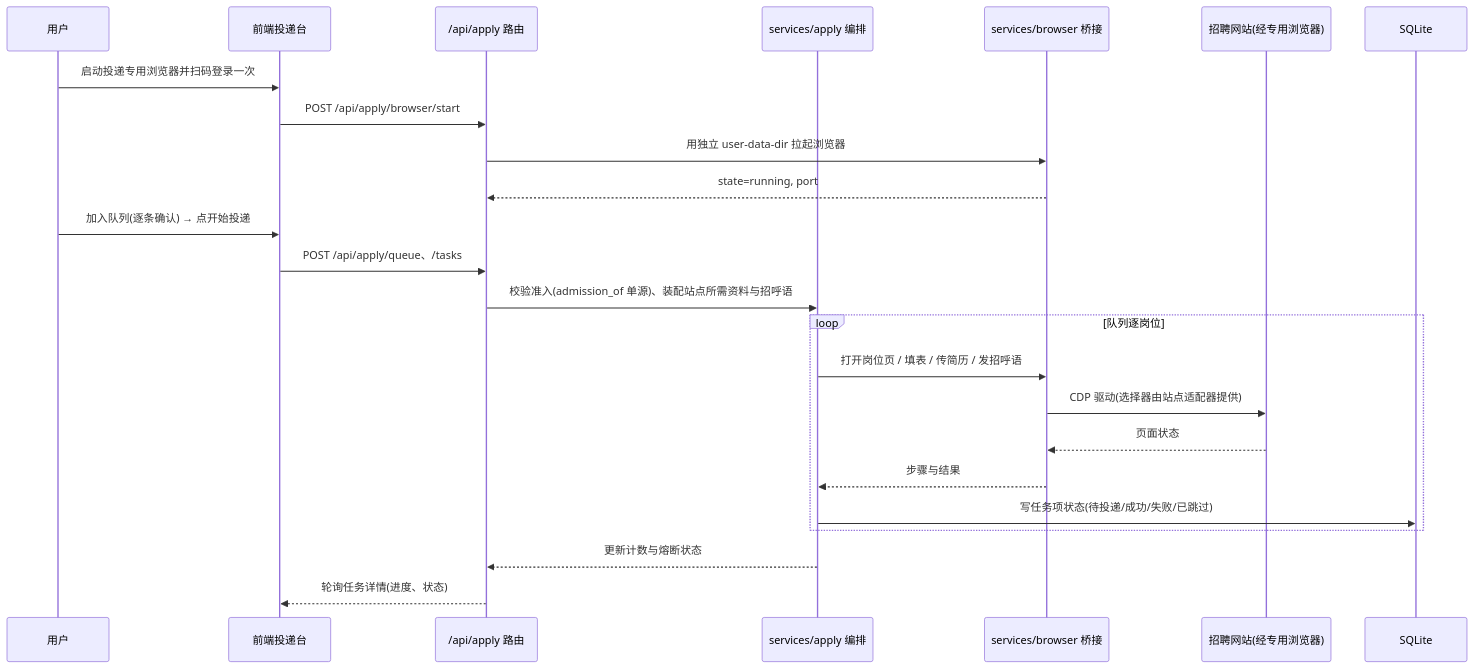
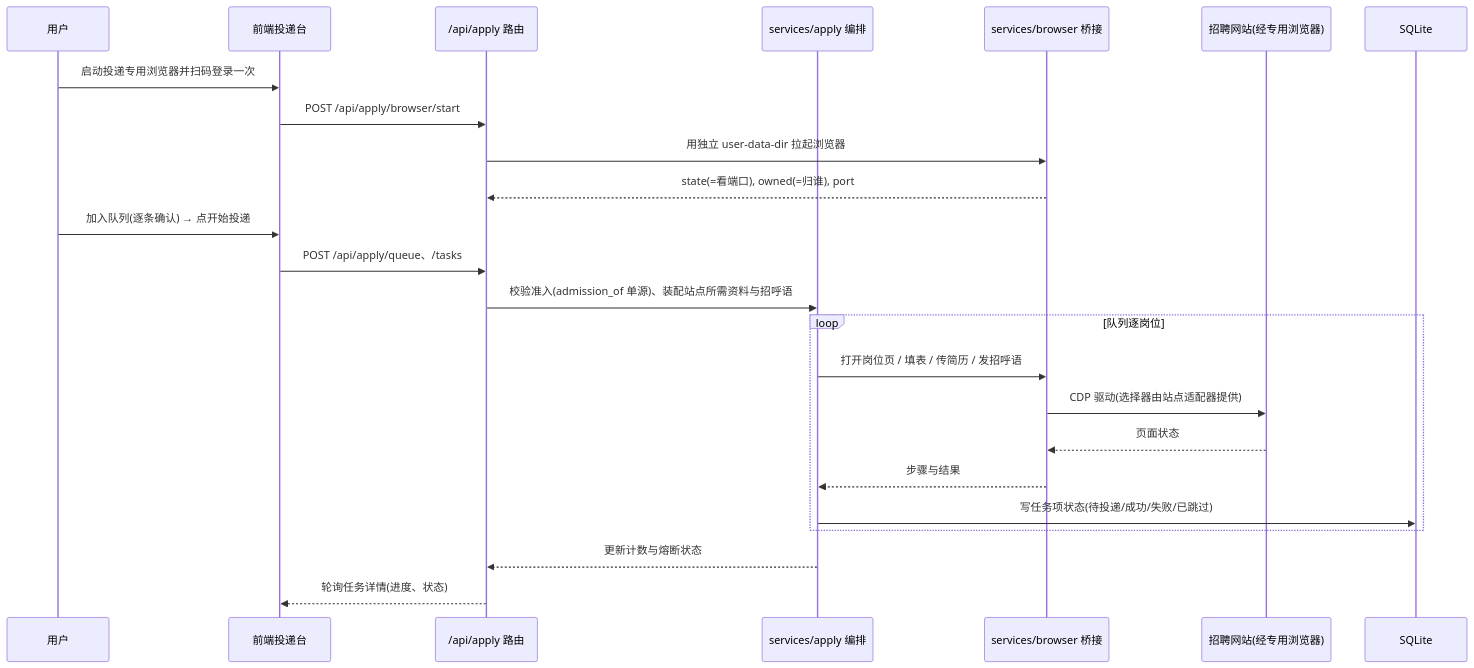
One commit to Magicapple-Coder/ResumeForge changed the fifth of 5 diagrams in docs/architecture.md. Above: the diagram before and after it, drawn with Mermaid. The commit also changed other lines of this file and 24 other files, not shown here.

First line of the commit message:
docs: 重写 README 为项目主页，并补上可复现的演示数据与真实截图

````diff
--- a/docs/architecture.md
+++ b/docs/architecture.md
@@ -256,27 +256,27 @@
 ```mermaid
 sequenceDiagram
     participant U as 用户
     participant F as 前端投递台
     participant A as /api/apply 路由
     participant S as services/apply 编排
     participant B as services/browser 桥接
     participant P as 招聘网站(经专用浏览器)
     participant DB as SQLite
 
     U->>F: 启动投递专用浏览器并扫码登录一次
     F->>A: POST /api/apply/browser/start
     A->>B: 用独立 user-data-dir 拉起浏览器
-    B-->>A: state=running, port
+    B-->>A: state(=看端口), owned(=归谁), port
     U->>F: 加入队列(逐条确认) → 点开始投递
     F->>A: POST /api/apply/queue、/tasks
     A->>S: 校验准入(admission_of 单源)、装配站点所需资料与招呼语
     loop 队列逐岗位
         S->>B: 打开岗位页 / 填表 / 传简历 / 发招呼语
         B->>P: CDP 驱动(选择器由站点适配器提供)
         P-->>B: 页面状态
         B-->>S: 步骤与结果
         S->>DB: 写任务项状态(待投递/成功/失败/已跳过)
     end
     S-->>A: 更新计数与熔断状态
     A-->>F: 轮询任务详情(进度、状态)
 ```
````
